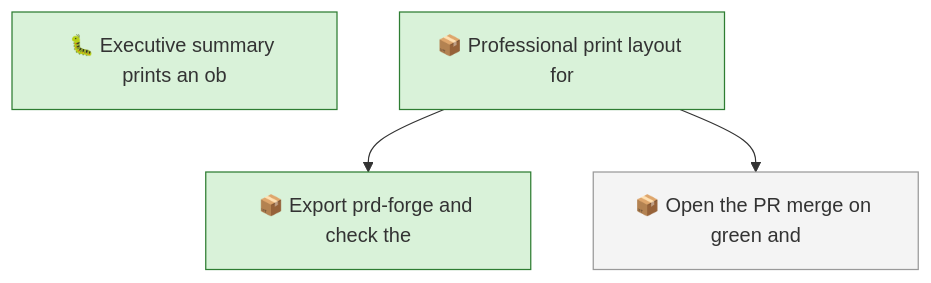
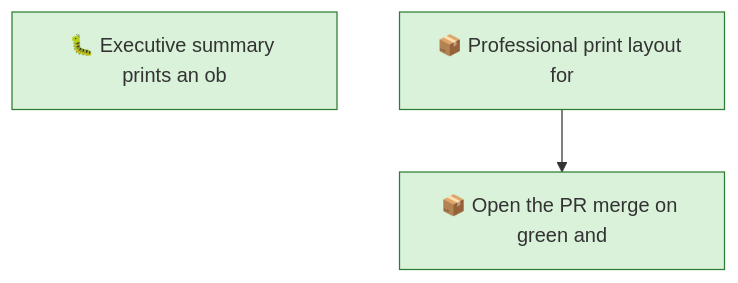
The first of 2 diagrams in docs/roadmap.md (SpillwaveSolutions/prd-forge-viewer), drawn with Mermaid before and after one commit. The commit also changed other lines of this file and 3 other files, not shown here.

First line of the commit message:
fix: Word diagrams use the 180 mm height of the PDF (#230, #233)

````diff
--- a/docs/roadmap.md
+++ b/docs/roadmap.md
@@ -51,13 +46,9 @@
 ```mermaid
 graph TD
     01M6HNNFB76PGJKVMB2YYJ95N9["🐛 Executive summary prints an ob"]
     01M7JYNEDBP6V12CES431GFAF6["📦 Professional print layout for"]
-    01M7JYNEECM7V957HNK5G96QV5["📦 Export prd-forge and check the"]
     01M7JYNEECM7V957HNK5G96QV7["📦 Open the PR merge on green and"]
-    01M7JYNEDBP6V12CES431GFAF6 --> 01M7JYNEECM7V957HNK5G96QV5
     01M7JYNEDBP6V12CES431GFAF6 --> 01M7JYNEECM7V957HNK5G96QV7
-    classDef todo fill:#f4f4f4,stroke:#999999
-    class 01M7JYNEECM7V957HNK5G96QV7 todo
     classDef in_progress fill:#d9f2d9,stroke:#2e7d32
-    class 01M6HNNFB76PGJKVMB2YYJ95N9,01M7JYNEDBP6V12CES431GFAF6,01M7JYNEECM7V957HNK5G96QV5 in_progress
+    class 01M6HNNFB76PGJKVMB2YYJ95N9,01M7JYNEDBP6V12CES431GFAF6,01M7JYNEECM7V957HNK5G96QV7 in_progress
 ```
````
